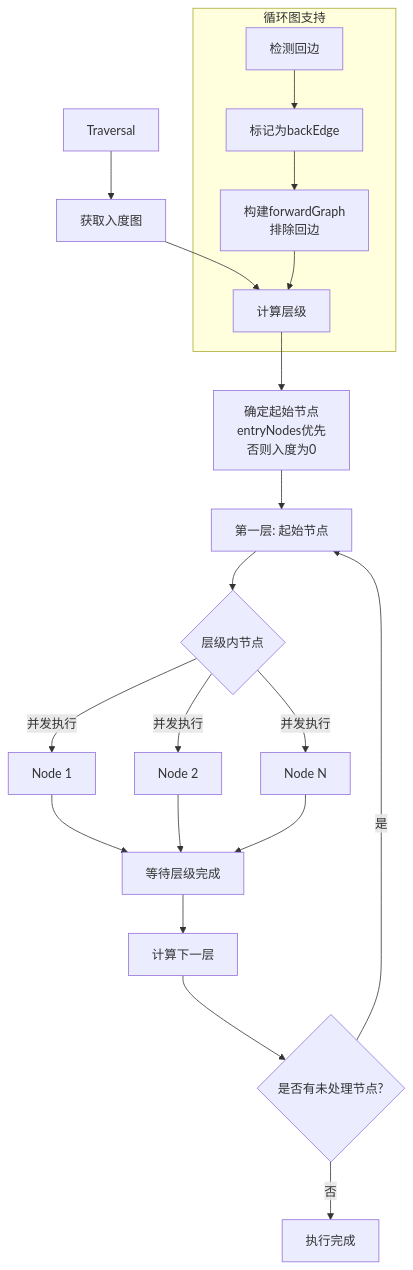
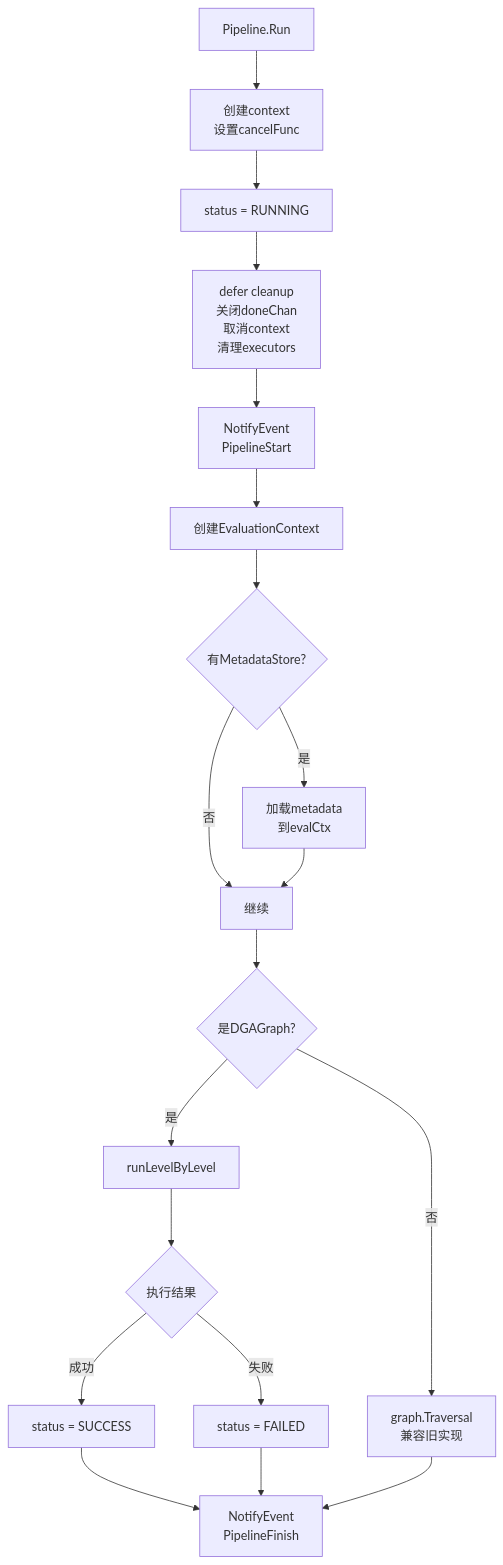
One commit to LerkoX/flowx changed the third of 15 diagrams in dag/FLOWS.md. Above: the diagram before and after it, drawn with Mermaid. The commit also changed other lines of this file and 6 other files, not shown here.

First line of the commit message:
docs: enhance module flow diagrams with detailed implementation flows

````diff
--- a/dag/FLOWS.md
+++ b/dag/FLOWS.md
@@ -52,27 +48,24 @@
 ```mermaid
 flowchart TD
-    A[Traversal] --> B[获取入度图]
-    B --> C[计算层级]
-    C --> D[确定起始节点<br/>entryNodes优先<br/>否则入度为0]
+    A[Pipeline.Run] --> B[创建context<br/>设置cancelFunc]
+    B --> C[status = RUNNING]
+    C --> D[defer cleanup<br/>关闭doneChan<br/>取消context<br/>清理executors]
 
-    D --> E[第一层: 起始节点]
-    E --> F{层级内节点}
-    F -->|并发执行| G[Node 1]
-    F -->|并发执行| H[Node 2]
-    F -->|并发执行| I[Node N]
+    D --> E[NotifyEvent<br/>PipelineStart]
+    E --> F[创建EvaluationContext]
+    F --> G{有MetadataStore?}
+    G -->|是| H[加载metadata<br/>到evalCtx]
+    G -->|否| I[继续]
 
-    G --> J[等待层级完成]
-    H --> J
-    I --> J
+    H --> I
+    I --> J{是DGAGraph?}
+    J -->|是| K[runLevelByLevel]
+    J -->|否| L[graph.Traversal<br/>兼容旧实现]
 
-    J --> K[计算下一层]
-    K --> L{是否有未处理节点?}
-    L -->|是| E
-    L -->|否| M[执行完成]
-
-    subgraph 循环图支持
-    N[检测回边] --> O[标记为backEdge]
-    O --> P[构建forwardGraph<br/>排除回边]
-    P --> C
-    end
+    K --> M{执行结果}
+    M -->|成功| N[status = SUCCESS]
+    M -->|失败| O[status = FAILED]
+    N --> P[NotifyEvent<br/>PipelineFinish]
+    O --> P
+    L --> P
 ```
````
